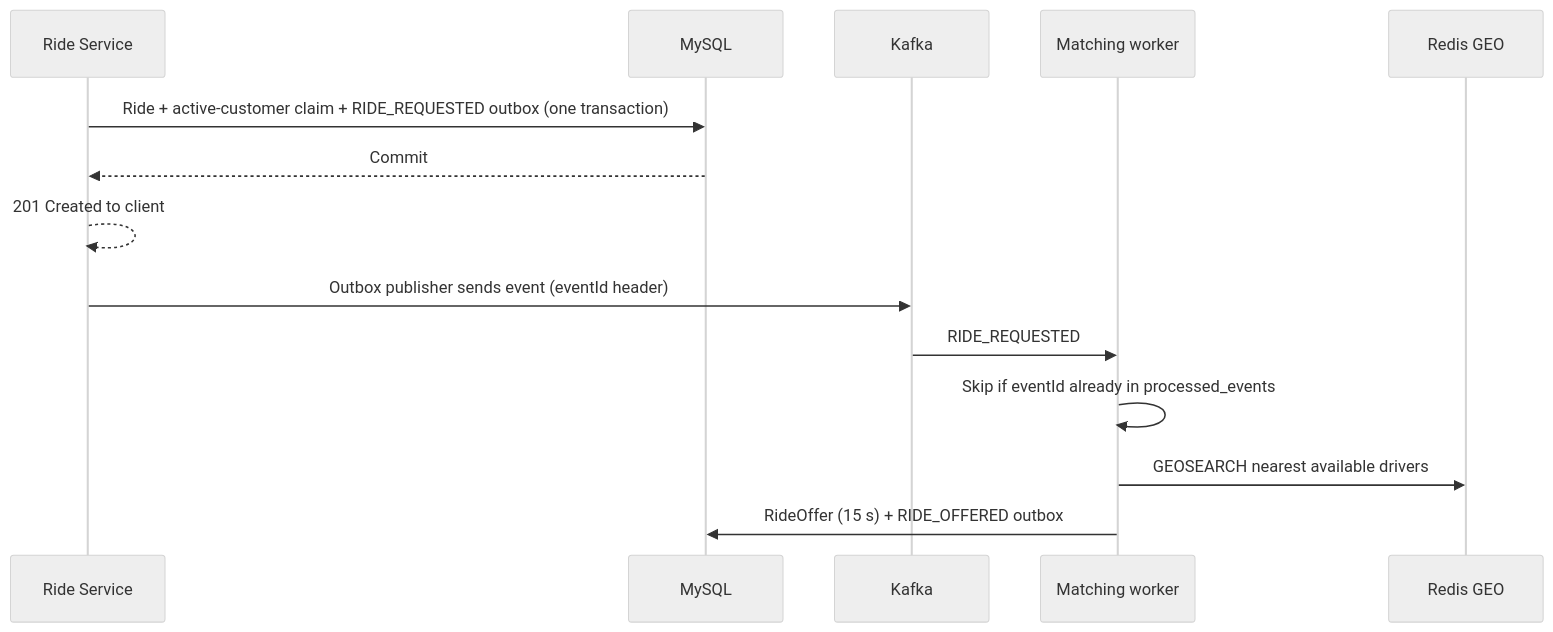
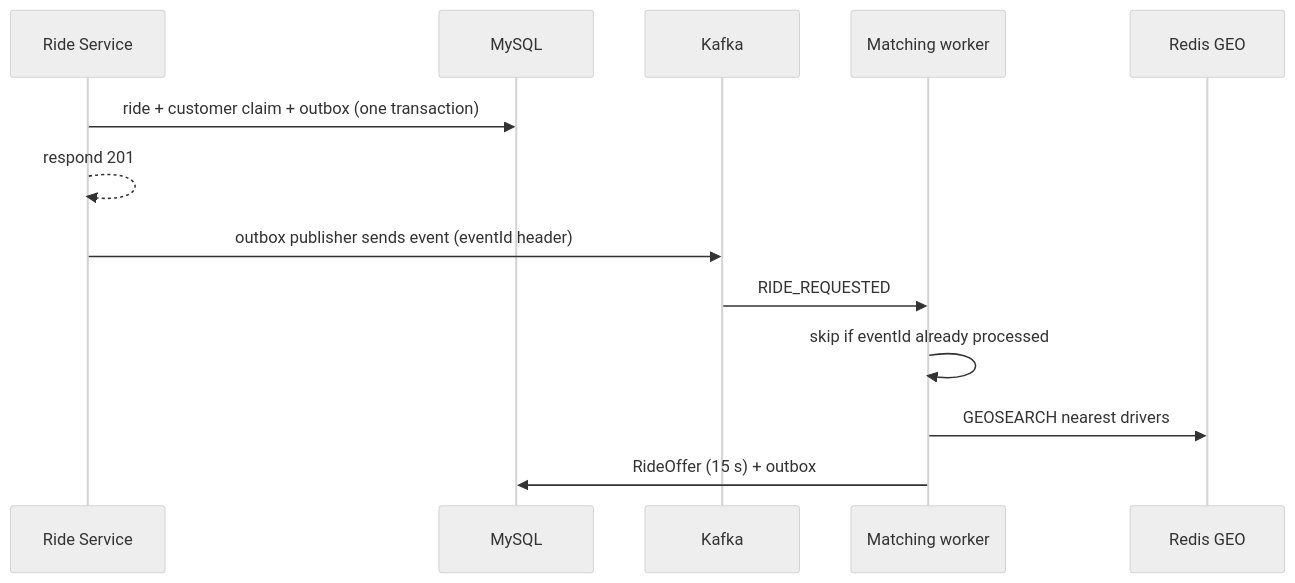
The second of 2 diagrams in README.md (shashank35i/GoOn---Ride-Hailing-Microservices-Platform), drawn with Mermaid (neutral theme) before and after one commit. The commit also changed other lines of this file, not shown here.

````diff
--- a/README.md
+++ b/README.md
@@ -94,17 +49,15 @@
 ```mermaid
 sequenceDiagram
     participant R as Ride Service
     participant DB as MySQL
     participant K as Kafka
     participant M as Matching worker
     participant G as Redis GEO
-
-    R->>DB: Ride + active-customer claim + RIDE_REQUESTED outbox (one transaction)
-    DB-->>R: Commit
-    R-->>R: 201 Created to client
-    R->>K: Outbox publisher sends event (eventId header)
+    R->>DB: ride + customer claim + outbox (one transaction)
+    R-->>R: respond 201
+    R->>K: outbox publisher sends event (eventId header)
     K->>M: RIDE_REQUESTED
-    M->>M: Skip if eventId already in processed_events
-    M->>G: GEOSEARCH nearest available drivers
-    M->>DB: RideOffer (15 s) + RIDE_OFFERED outbox
+    M->>M: skip if eventId already processed
+    M->>G: GEOSEARCH nearest drivers
+    M->>DB: RideOffer (15 s) + outbox
 ```
````
